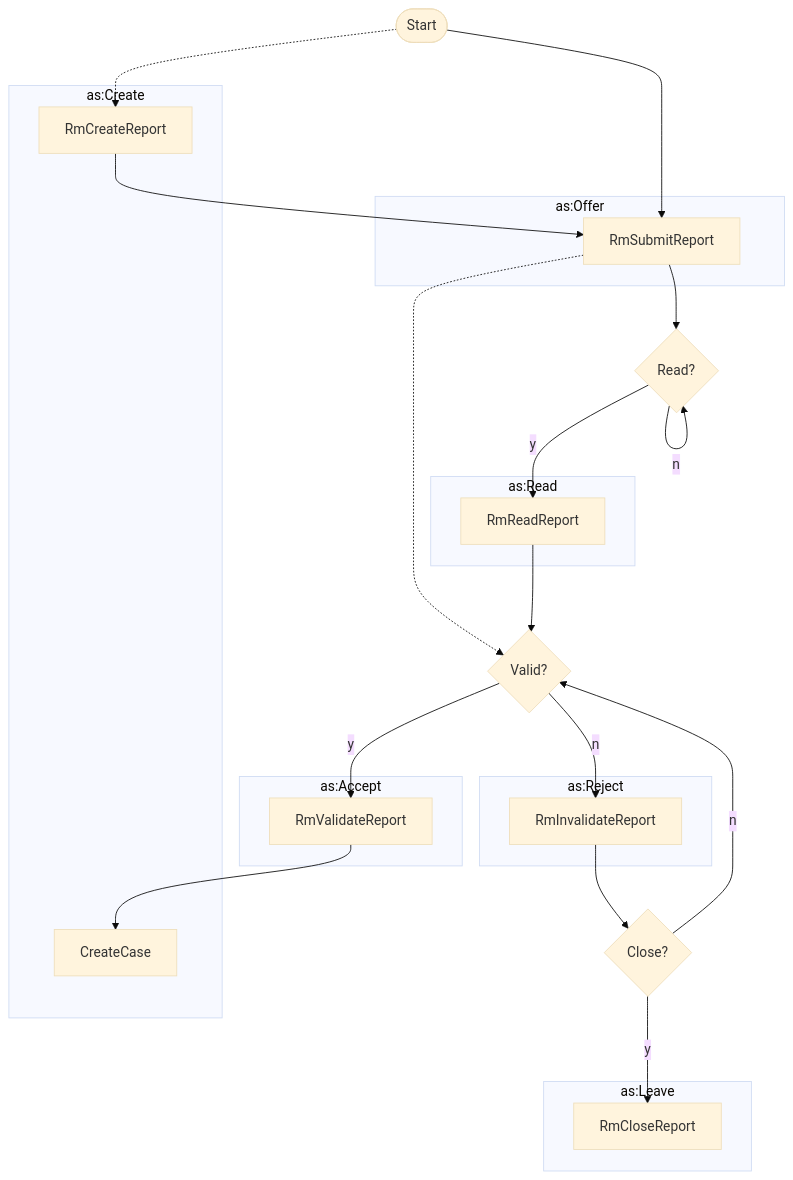
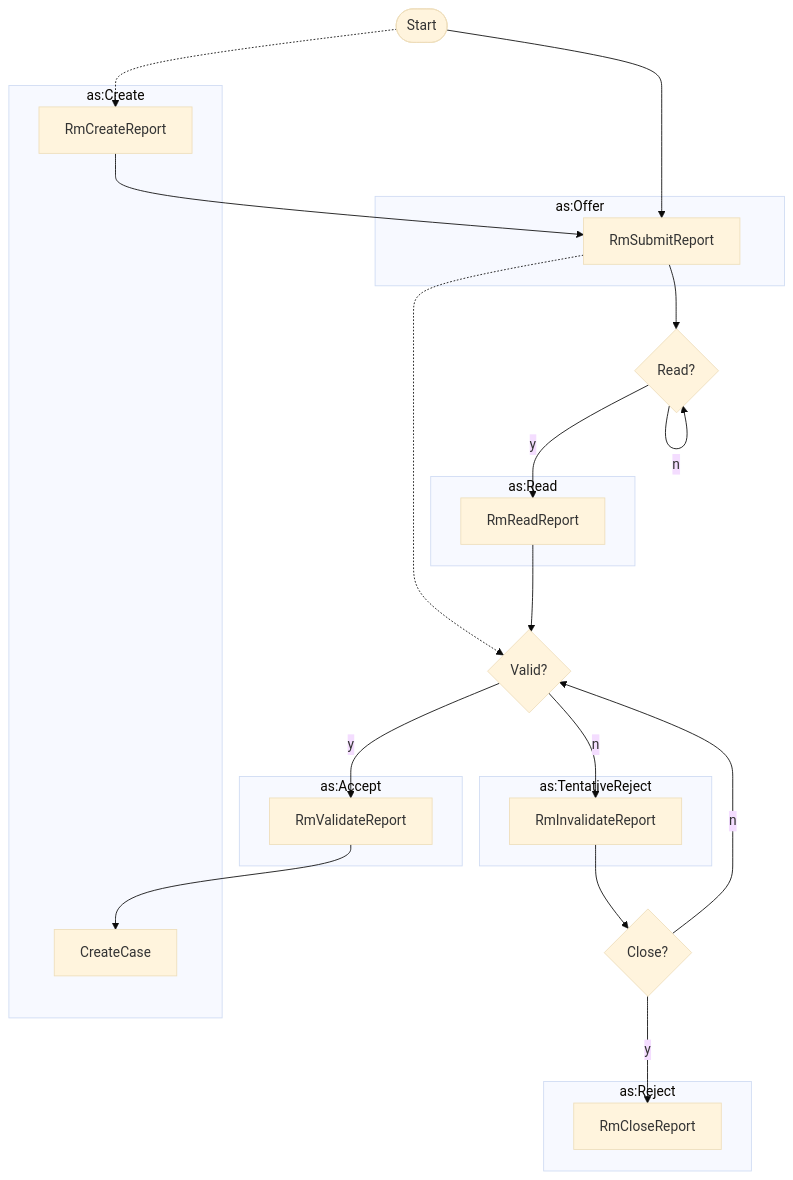
The first of 7 diagrams in docs/howto/activitypub/activities/report_vulnerability.md (CERTCC/Vultron), drawn with Mermaid (base theme) before and after one commit. The commit also changed other lines of this file and 20 other files, not shown here.

````diff
--- a/docs/howto/activitypub/activities/report_vulnerability.md
+++ b/docs/howto/activitypub/activities/report_vulnerability.md
@@ -13,37 +13,37 @@
 ```mermaid
 flowchart TB
     subgraph as:Create
         RmCreateReport
         CreateCase
     end
     subgraph as:Read
         RmReadReport
     end
     subgraph as:Offer
         RmSubmitReport
     end
     subgraph as:Accept
         RmValidateReport
     end
-    subgraph as:Reject
+    subgraph as:TentativeReject
         RmInvalidateReport
     end
-    subgraph as:Leave
+    subgraph as:Reject
         RmCloseReport
     end
     start([Start])
     start -.-> RmCreateReport
     start --> RmSubmitReport
     RmCreateReport --> RmSubmitReport
     RmSubmitReport -.-> v{Valid?}
     RmSubmitReport --> r{Read?}
     r -->|y| RmReadReport
     r -->|n| r
     v -->|y| RmValidateReport
     RmReadReport --> v
     v -->|n| RmInvalidateReport
     RmInvalidateReport --> c{Close?}
     c -->|y| RmCloseReport
     c -->|n| v
     RmValidateReport --> CreateCase
 ```
````
